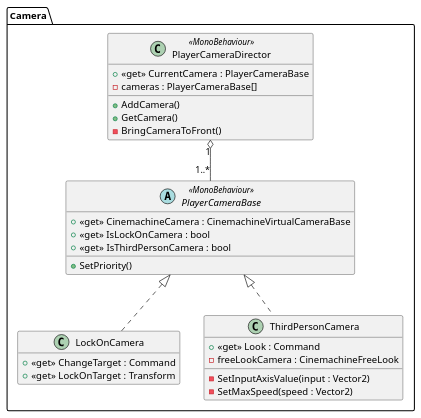
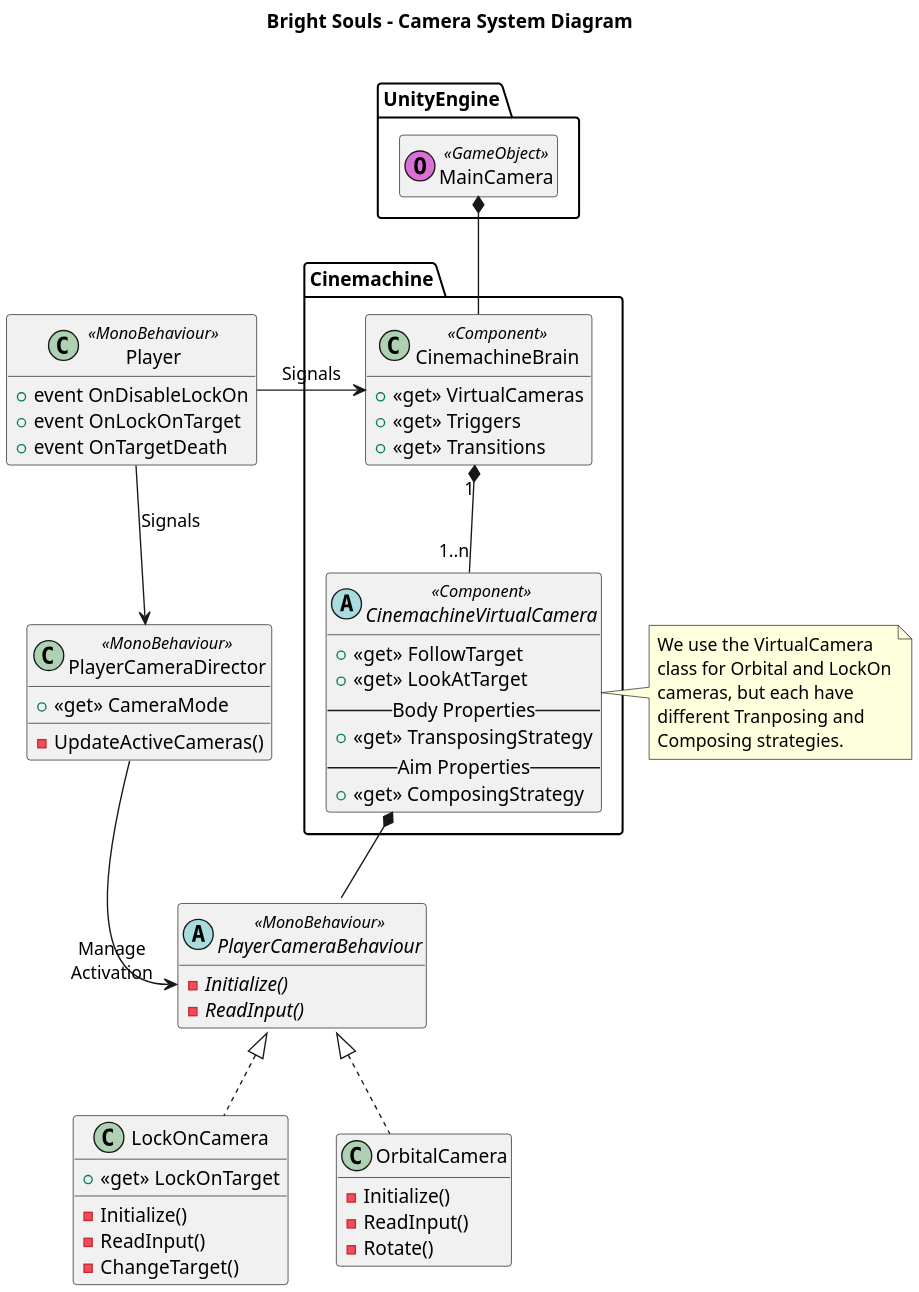
One commit to leotgo/bright-souls changed the diagram in docs/uml/Camera_Details.puml. Above: the diagram before and after it, drawn with PlantUML. The commit also changed 4 other files, not shown here.

Commit message:
Update UML diagrams

```diff
--- a/docs/uml/Camera_Details.puml
+++ b/docs/uml/Camera_Details.puml
@@ -1,34 +1,68 @@
 @startuml Camera Details
-namespace Camera {
-    class PlayerCameraDirector <<MonoBehaviour>> {
-        +<<get>> CurrentCamera : PlayerCameraBase
-        -cameras : PlayerCameraBase[]
-        +AddCamera()
-        +GetCamera()
-        -BringCameraToFront()
+title Bright Souls - Camera System Diagram\n
+
+package Cinemachine {
+    class CinemachineBrain <<Component>> {
+        +<<get>> VirtualCameras
+        +<<get>> Triggers
+        +<<get>> Transitions
     }
-
-    abstract PlayerCameraBase <<MonoBehaviour>> {
-        +<<get>> CinemachineCamera : CinemachineVirtualCameraBase
-        +<<get>> IsLockOnCamera : bool
-        +<<get>> IsThirdPersonCamera : bool
-        +SetPriority()
+    abstract CinemachineVirtualCamera <<Component>> {
+        +<<get>> FollowTarget
+        +<<get>> LookAtTarget
+        -- Body Properties --
+        +<<get>> TransposingStrategy
+        -- Aim Properties --
+        +<<get>> ComposingStrategy
     }
-
-    class LockOnCamera implements PlayerCameraBase {
-        +<<get>> ChangeTarget : Command
-        +<<get>> LockOnTarget : Transform
-    }
-
-    class ThirdPersonCamera implements PlayerCameraBase {
-        +<<get>> Look : Command
-        -freeLookCamera : CinemachineFreeLook
-        -SetInputAxisValue(input : Vector2)
-        -SetMaxSpeed(speed : Vector2)
-    }
-
-    PlayerCameraDirector "1" o-- "1..*" PlayerCameraBase
 }
 
+note right : We use the VirtualCamera\nclass for Orbital and LockOn\ncameras, but each have\ndifferent Tranposing and\nComposing strategies.
+
+package UnityEngine {
+    class MainCamera << (O,orchid) GameObject>> {
+    }
+}
+
+MainCamera *-- CinemachineBrain
+CinemachineBrain "1" *-- "1..n" CinemachineVirtualCamera
+
+class Player <<MonoBehaviour>> {
+    +event OnDisableLockOn
+    +event OnLockOnTarget
+    +event OnTargetDeath
+}
+
+Player -r-> CinemachineBrain : Signals
+
+abstract PlayerCameraBehaviour <<MonoBehaviour>> {
+    - {abstract} Initialize()
+    - {abstract} ReadInput()
+}
+
+CinemachineVirtualCamera *-- PlayerCameraBehaviour
+
+class PlayerCameraDirector <<MonoBehaviour>> {
+    +<<get>> CameraMode
+    -UpdateActiveCameras()
+}
+
+Player --> PlayerCameraDirector : Signals
+PlayerCameraDirector --> "Manage   \nActivation   " PlayerCameraBehaviour::Initialize
+
+class LockOnCamera implements PlayerCameraBehaviour {
+    +<<get>> LockOnTarget
+    -Initialize()
+    -ReadInput()
+    -ChangeTarget()
+}
+
+class OrbitalCamera implements PlayerCameraBehaviour {
+    -Initialize()
+    -ReadInput()
+    -Rotate()
+}
+
+scale 2
 hide empty members
 @enduml
```
